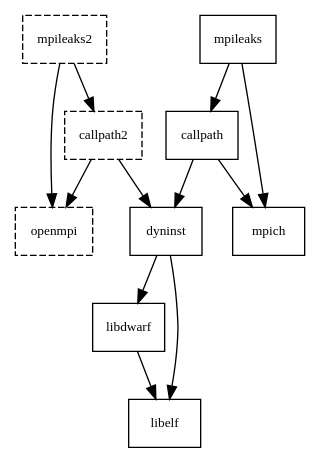
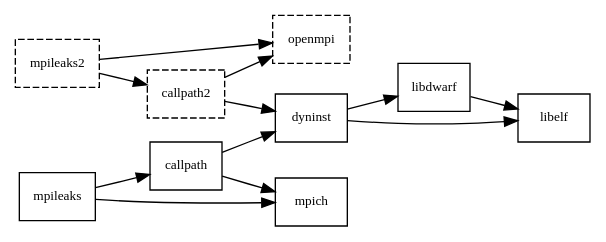
Before and after one commit to spack/spack-sc15-paper: the diagram in specs/rpaths.dot, drawn with Graphviz. The commit also changed 11 other files, not shown here.

```diff
--- a/specs/rpaths.dot
+++ b/specs/rpaths.dot
@@ -1,19 +1,19 @@
 
 digraph {
-    rankdir=TB;
+    rankdir=LR;
     node[shape=box,fontname=monaco,fontsize=10];
 
     mpileaks2[style=dashed]
     callpath2[style=dashed]
     openmpi[style=dashed]
 
     mpileaks -> mpich
     mpileaks -> callpath -> mpich
     callpath -> dyninst
     dyninst  -> libdwarf -> libelf
     dyninst  -> libelf
     mpileaks2 -> callpath2
     mpileaks2 -> openmpi
     callpath2 -> openmpi
     callpath2 -> dyninst
 }
```
